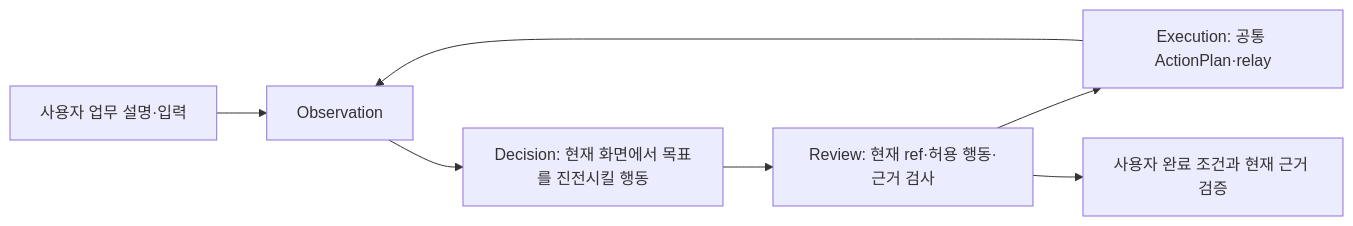
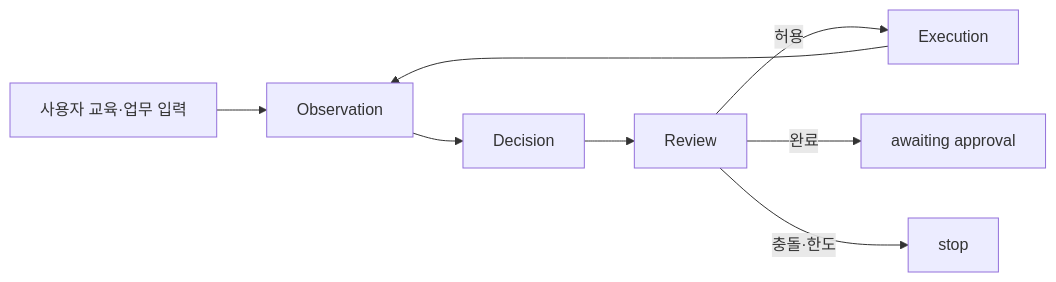
Before and after one commit to Dreamtreeme/agent-sawon: the diagram in docs/generic-task-runtime-20261003.md, drawn with Mermaid. The commit also changed other lines of this file and 16 other files, not shown here.

````diff
--- a/docs/generic-task-runtime-20261003.md
+++ b/docs/generic-task-runtime-20261003.md
@@ -45,9 +46,10 @@
 ```mermaid
 flowchart LR
-    U[사용자 업무 설명·입력] --> O[Observation]
-    O --> D[Decision: 현재 화면에서 목표를 진전시킬 행동]
-    D --> R[Review: 현재 ref·허용 행동·근거 검사]
-    R --> E[Execution: 공통 ActionPlan·relay]
+    U[사용자 교육·업무 입력] --> O[Observation]
+    O --> D[Decision]
+    D --> R[Review]
+    R -->|허용| E[Execution]
     E --> O
-    R --> C[사용자 완료 조건과 현재 근거 검증]
+    R -->|완료| C[awaiting approval]
+    R -->|충돌·한도| S[stop]
 ```
````
